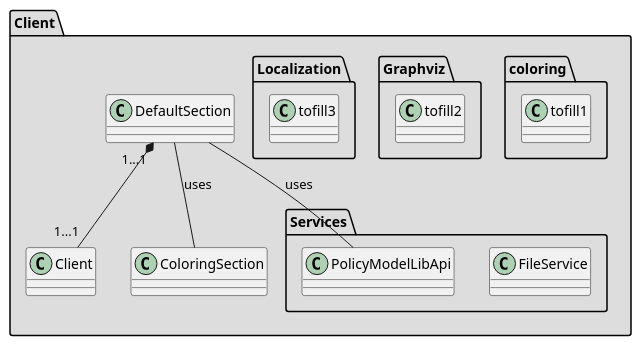
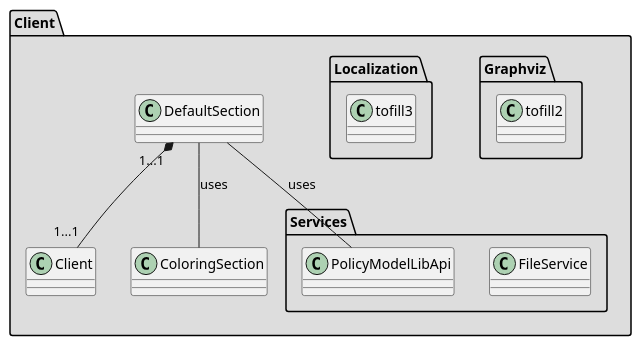
The diagram in diagrams/client/ClientMetaDiagram.puml (wolfj123/PolicyModelsPlugin), drawn with PlantUML before and after one commit. The commit also changed 2 other files, not shown here.

Commit message:
coloring stuff

```diff
--- a/diagrams/client/ClientMetaDiagram.puml
+++ b/diagrams/client/ClientMetaDiagram.puml
@@ -1,33 +1,29 @@
 @startuml
 
 package Client #DDDDDD {
 
     class DefaultSection
     class Client
     class ColoringSection
-
-    package coloring {
-        class tofill1
-    }
 
     package Graphviz{
         class tofill2
     }
 
     package Services{
         class FileService
         class PolicyModelLibApi
     }
 
     package Localization {
         class tofill3
     }
    
     DefaultSection -- PolicyModelLibApi : uses
     DefaultSection -- ColoringSection : uses
     DefaultSection "1...1" *-- "1...1" Client
 }
 
 
 
 @enduml
```
